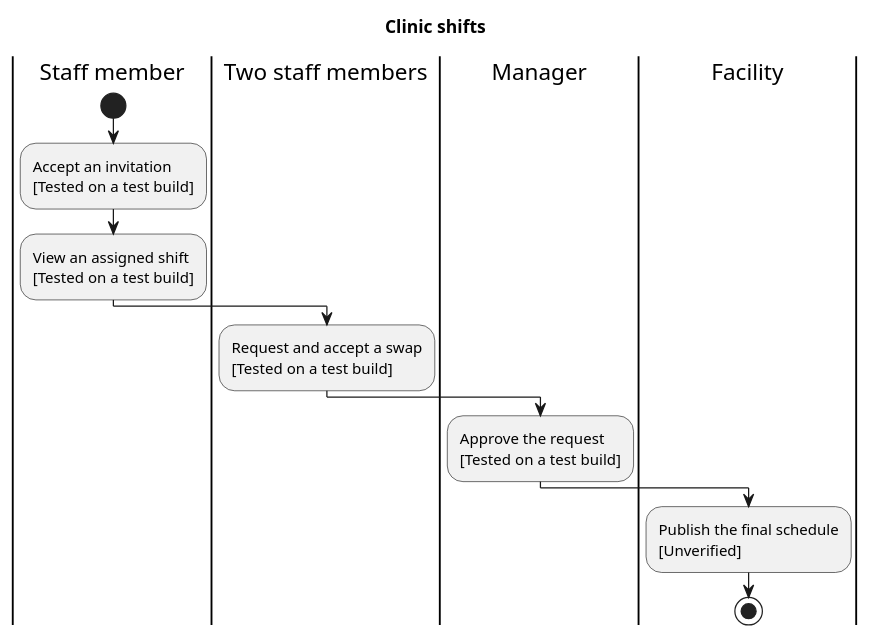
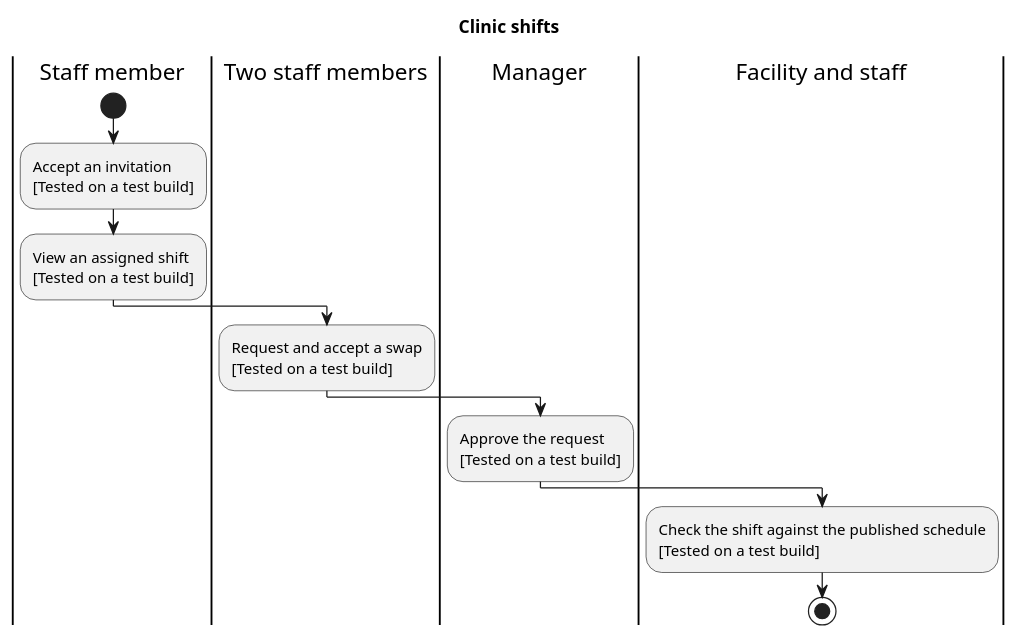
The fifth of 10 diagrams in medbook-full-en.puml (medbookdev/medbook-readiness), drawn with PlantUML before and after one commit. The commit also changed 11 other files, not shown here.

Commit message:
Show how both employees verified the published clinic shift

```diff
--- a/medbook-full-en.puml
+++ b/medbook-full-en.puml
@@ -97,17 +97,17 @@
 @startuml medbook-staff
 skinparam shadowing false
 title Clinic shifts
 |Staff member|
 start
 |Staff member|
 :Accept an invitation\n[Tested on a test build];
 |Staff member|
 :View an assigned shift\n[Tested on a test build];
 |Two staff members|
 :Request and accept a swap\n[Tested on a test build];
 |Manager|
 :Approve the request\n[Tested on a test build];
-|Facility|
-:Publish the final schedule\n[Unverified];
+|Facility and staff|
+:Check the shift against the published schedule\n[Tested on a test build];
 stop
 @enduml
```
